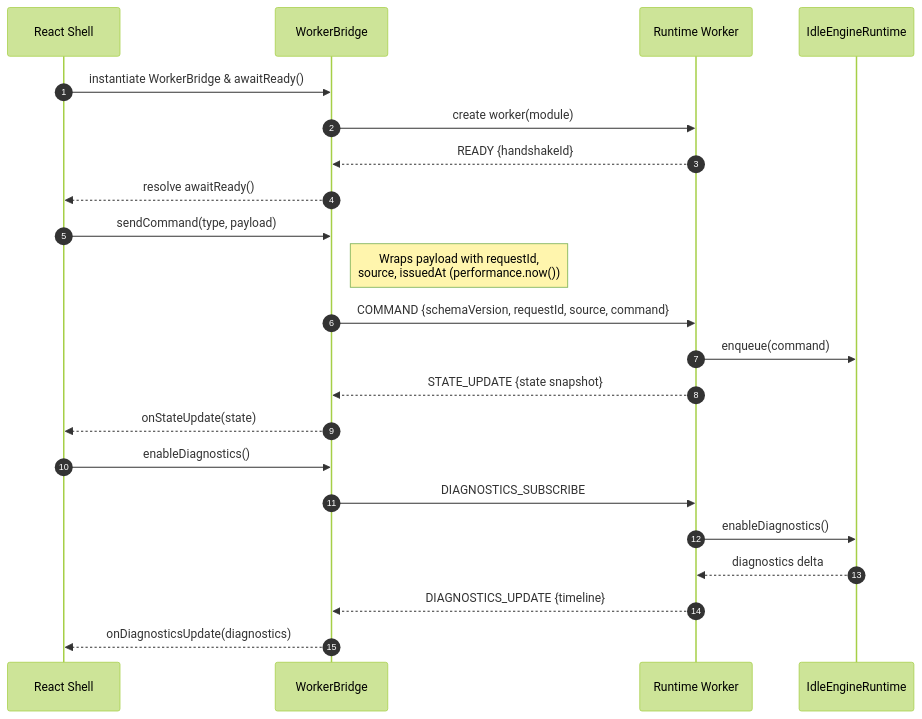
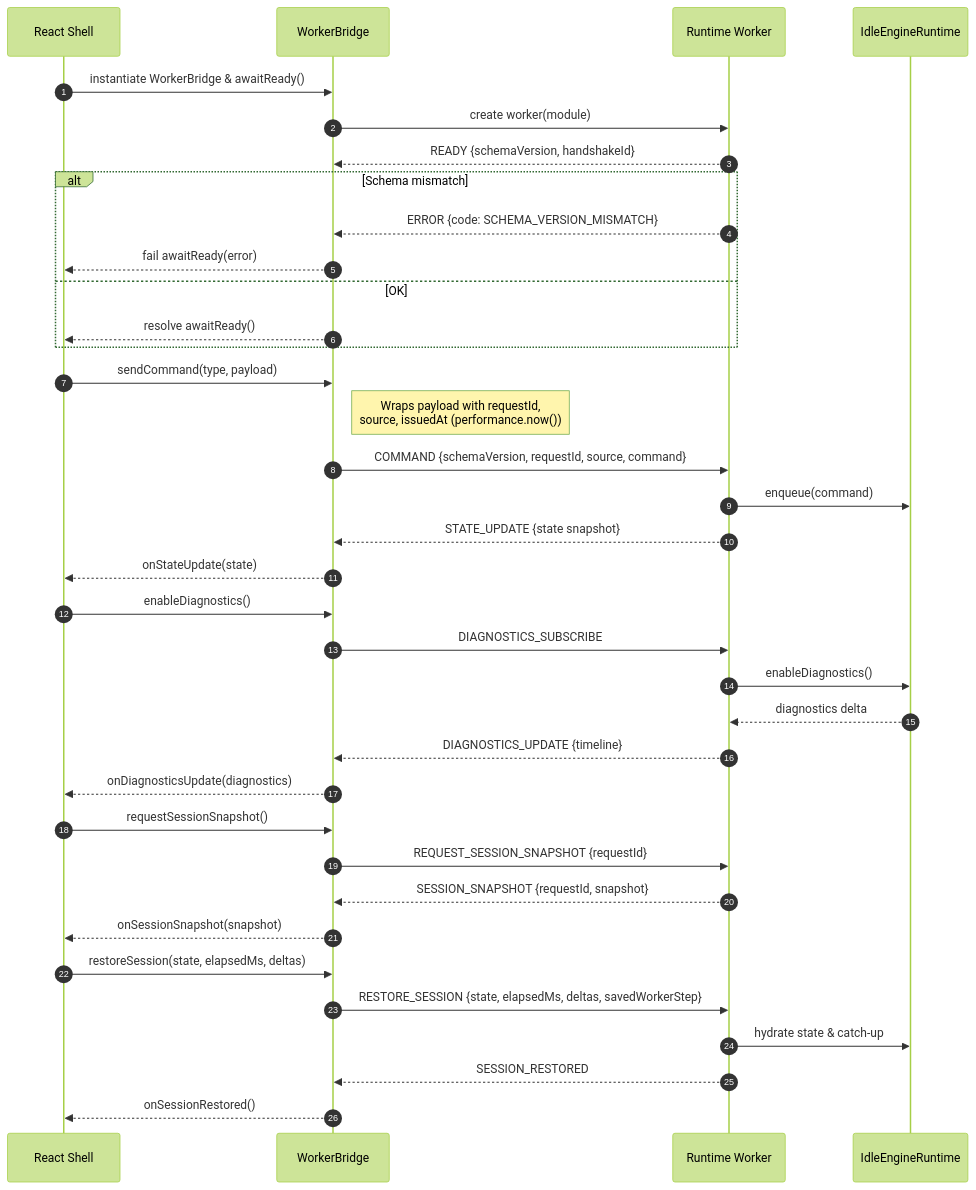
One commit to hansjm10/Idle-Game-Engine changed the diagram in docs/assets/diagrams/runtime-react-worker-bridge.mmd. Above: the diagram before and after it, drawn with Mermaid (forest theme). The commit also changed 22 other files, not shown here.

```diff
--- a/docs/assets/diagrams/runtime-react-worker-bridge.mmd
+++ b/docs/assets/diagrams/runtime-react-worker-bridge.mmd
@@ -1,26 +1,42 @@
 sequenceDiagram
   autonumber
   participant React as React Shell
   participant Bridge as WorkerBridge
   participant Worker as Runtime Worker
   participant Runtime as IdleEngineRuntime
 
   React->>Bridge: instantiate WorkerBridge & awaitReady()
   Bridge->>Worker: create worker(module)
-  Worker-->>Bridge: READY {handshakeId}
-  Bridge-->>React: resolve awaitReady()
+  Worker-->>Bridge: READY {schemaVersion, handshakeId}
+  alt Schema mismatch
+    Worker-->>Bridge: ERROR {code: SCHEMA_VERSION_MISMATCH}
+    Bridge-->>React: fail awaitReady(error)
+  else OK
+    Bridge-->>React: resolve awaitReady()
+  end
 
   React->>Bridge: sendCommand(type, payload)
   Note right of Bridge: Wraps payload with requestId,<br/>source, issuedAt (performance.now())
   Bridge->>Worker: COMMAND {schemaVersion, requestId, source, command}
   Worker->>Runtime: enqueue(command)
 
   Worker-->>Bridge: STATE_UPDATE {state snapshot}
   Bridge-->>React: onStateUpdate(state)
 
   React->>Bridge: enableDiagnostics()
   Bridge->>Worker: DIAGNOSTICS_SUBSCRIBE
   Worker->>Runtime: enableDiagnostics()
   Runtime-->>Worker: diagnostics delta
   Worker-->>Bridge: DIAGNOSTICS_UPDATE {timeline}
   Bridge-->>React: onDiagnosticsUpdate(diagnostics)
+
+  React->>Bridge: requestSessionSnapshot()
+  Bridge->>Worker: REQUEST_SESSION_SNAPSHOT {requestId}
+  Worker-->>Bridge: SESSION_SNAPSHOT {requestId, snapshot}
+  Bridge-->>React: onSessionSnapshot(snapshot)
+
+  React->>Bridge: restoreSession(state, elapsedMs, deltas)
+  Bridge->>Worker: RESTORE_SESSION {state, elapsedMs, deltas, savedWorkerStep}
+  Worker->>Runtime: hydrate state & catch-up
+  Worker-->>Bridge: SESSION_RESTORED
+  Bridge-->>React: onSessionRestored()
```
